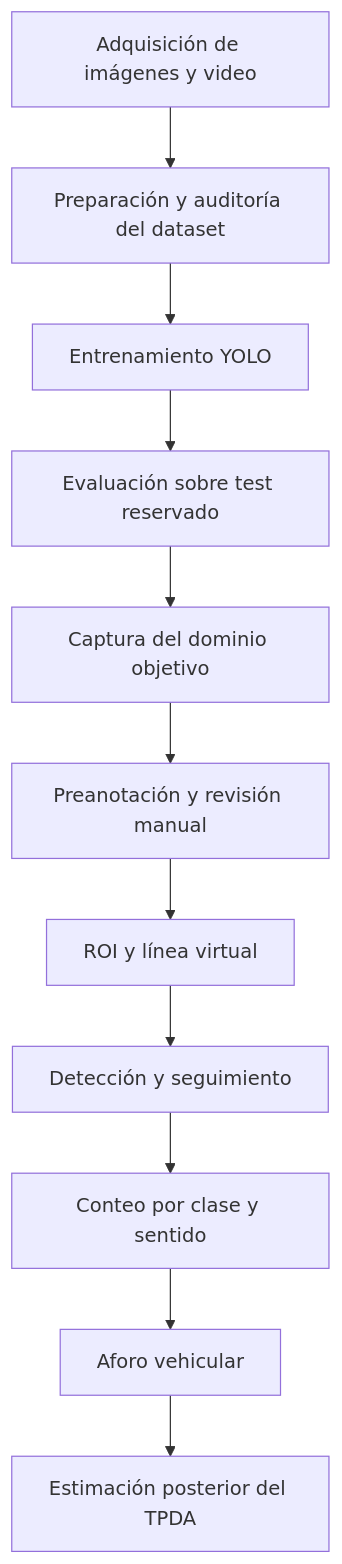
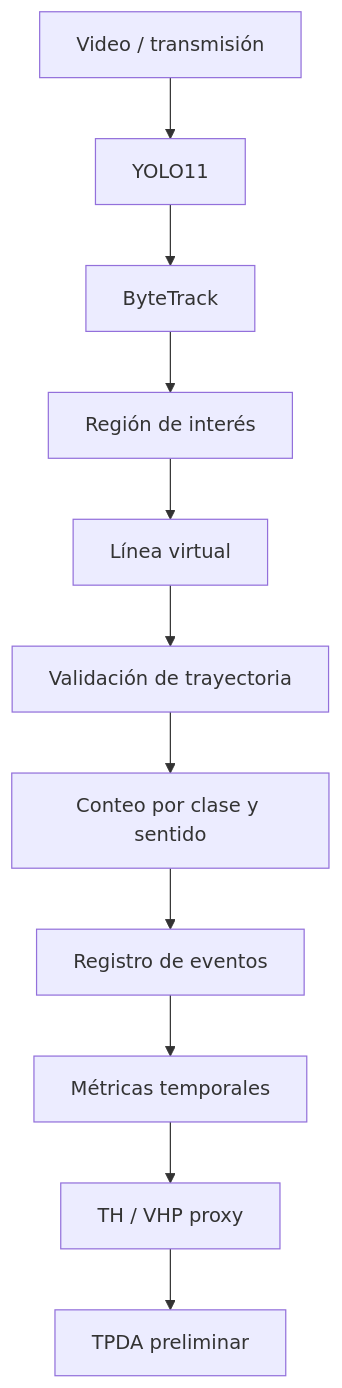
The diagram in README.md (paul-pinto/MCI-509-aforo-vehicular-yolo), drawn with Mermaid before and after one commit. The commit also changed other lines of this file and 4 other files, not shown here.

Commit message:
final: completar proyecto MCI-509 de detección y aforo vehicular

````diff
--- a/README.md
+++ b/README.md
@@ -34,13 +58,13 @@
 ```mermaid
 flowchart TD
-    A["Adquisición de imágenes y video"] --> B["Preparación y auditoría del dataset"]
-    B --> C["Entrenamiento YOLO"]
-    C --> D["Evaluación sobre test reservado"]
-    D --> E["Captura del dominio objetivo"]
-    E --> F["Preanotación y revisión manual"]
-    F --> G["ROI y línea virtual"]
-    G --> H["Detección y seguimiento"]
-    H --> I["Conteo por clase y sentido"]
-    I --> J["Aforo vehicular"]
-    J --> K["Estimación posterior del TPDA"]
+    A["Video / transmisión"] --> B["YOLO11"]
+    B --> C["ByteTrack"]
+    C --> D["Región de interés"]
+    D --> E["Línea virtual"]
+    E --> F["Validación de trayectoria"]
+    F --> G["Conteo por clase y sentido"]
+    G --> H["Registro de eventos"]
+    H --> I["Métricas temporales"]
+    I --> J["TH / VHP proxy"]
+    J --> K["TPDA preliminar"]
 ```
````
